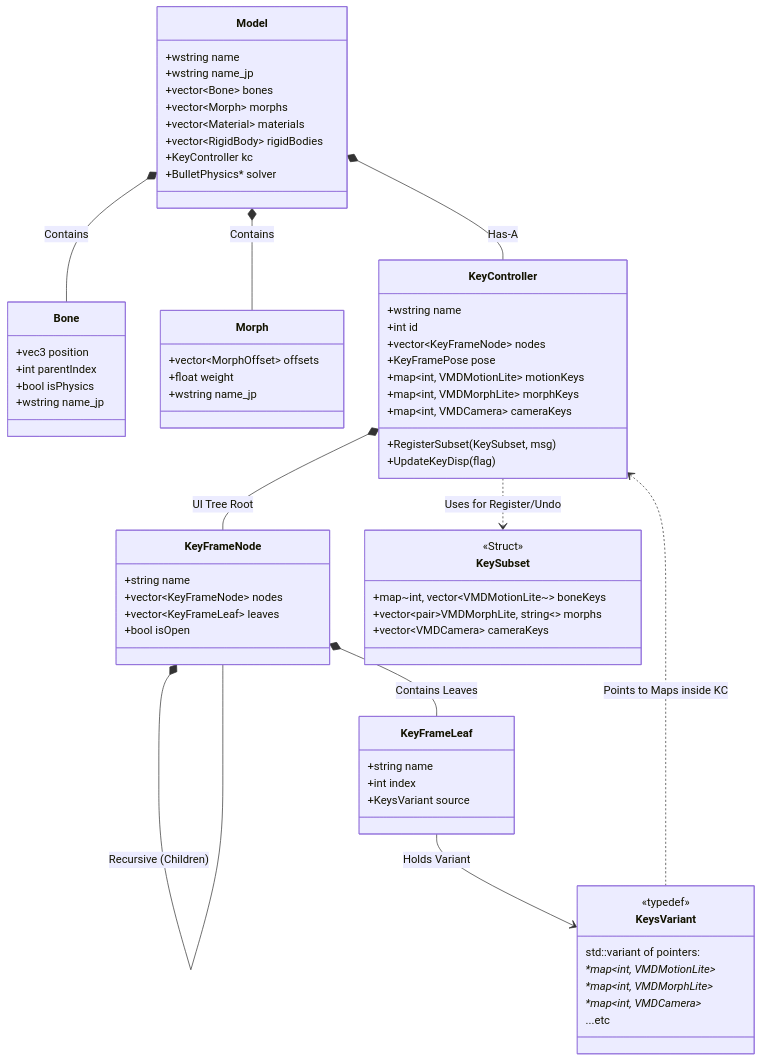
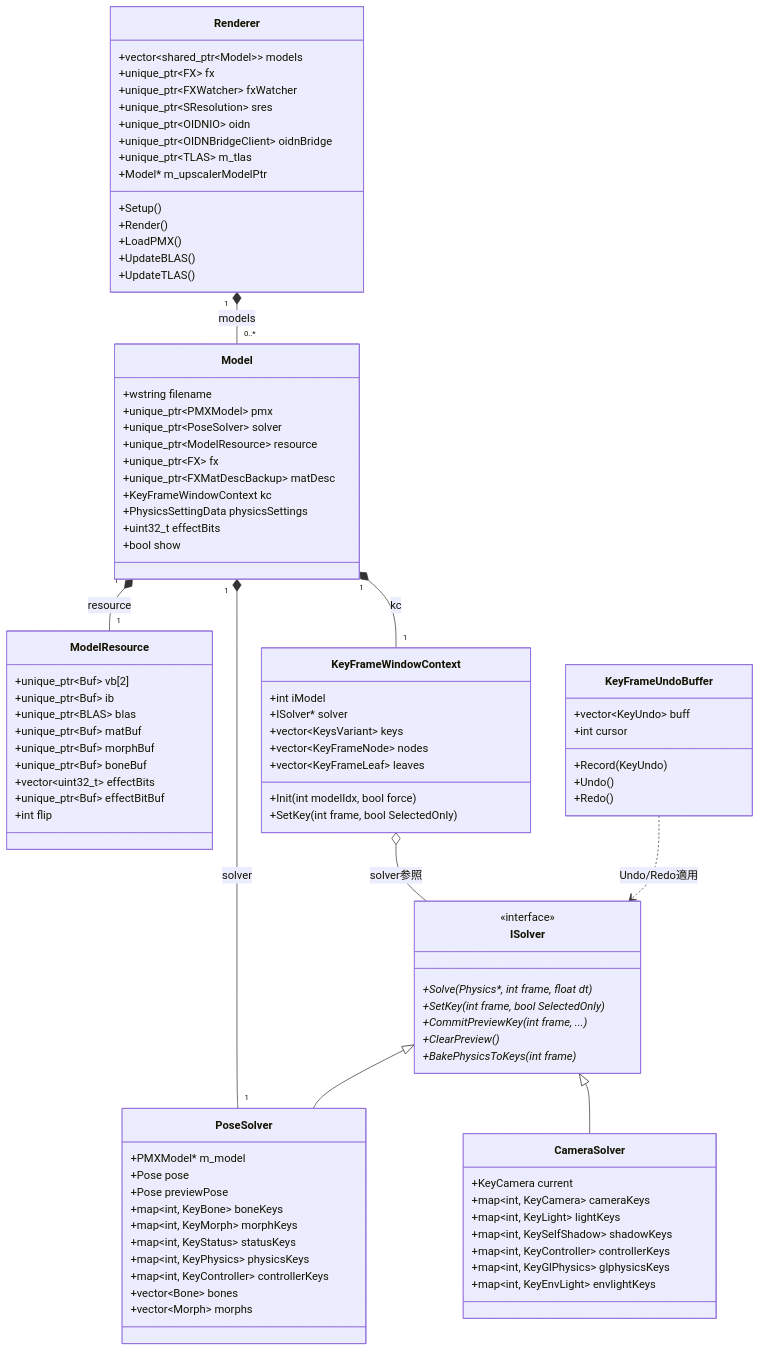
One commit to catnip-touhou/MikuMikuDayo changed the first of 2 diagrams in docs/アーキテクチャ設計_Part2_Data Structures & Keyframe Management.md. Above: the diagram before and after it, drawn with Mermaid. The commit also changed other lines of this file and 2 other files, not shown here.

````diff
--- a/docs/アーキテクチャ設計_Part2_Data Structures & Keyframe Management.md
+++ b/docs/アーキテクチャ設計_Part2_Data Structures & Keyframe Management.md
@@ -20,90 +12,102 @@
 ```mermaid
 classDiagram
-    %% --- Core Data Structures (PMXLoader.ixx) ---
+    class Renderer {
+        +vector~shared_ptr~Model~~ models
+        +unique_ptr~FX~ fx
+        +unique_ptr~FXWatcher~ fxWatcher
+        +unique_ptr~SResolution~ sres
+        +unique_ptr~OIDNIO~ oidn
+        +unique_ptr~OIDNBridgeClient~ oidnBridge
+        +unique_ptr~TLAS~ m_tlas
+        +Model* m_upscalerModelPtr
+        +Setup()
+        +Render()
+        +LoadPMX()
+        +UpdateBLAS()
+        +UpdateTLAS()
+    }
+
     class Model {
-        +wstring name
-        +wstring name_jp
+        +wstring filename
+        +unique_ptr~PMXModel~ pmx
+        +unique_ptr~PoseSolver~ solver
+        +unique_ptr~ModelResource~ resource
+        +unique_ptr~FX~ fx
+        +unique_ptr~FXMatDescBackup~ matDesc
+        +KeyFrameWindowContext kc
+        +PhysicsSettingData physicsSettings
+        +uint32_t effectBits
+        +bool show
+    }
+
+    class ModelResource {
+        +unique_ptr~Buf~ vb[2]
+        +unique_ptr~Buf~ ib
+        +unique_ptr~BLAS~ blas
+        +unique_ptr~Buf~ matBuf
+        +unique_ptr~Buf~ morphBuf
+        +unique_ptr~Buf~ boneBuf
+        +vector~uint32_t~ effectBits
+        +unique_ptr~Buf~ effectBitBuf
+        +int flip
+    }
+
+    class ISolver {
+        <<interface>>
+        +Solve(Physics*, int frame, float dt)*
+        +SetKey(int frame, bool SelectedOnly)*
+        +CommitPreviewKey(int frame, ...)*
+        +ClearPreview()*
+        +BakePhysicsToKeys(int frame)*
+    }
+
+    class PoseSolver {
+        +PMXModel* m_model
+        +Pose pose
+        +Pose previewPose
+        +map~int, KeyBone~ boneKeys
+        +map~int, KeyMorph~ morphKeys
+        +map~int, KeyStatus~ statusKeys
+        +map~int, KeyPhysics~ physicsKeys
+        +map~int, KeyController~ controllerKeys
         +vector~Bone~ bones
         +vector~Morph~ morphs
-        +vector~Material~ materials
-        +vector~RigidBody~ rigidBodies
-        +KeyController kc
-        +BulletPhysics* solver
     }
 
-    class Bone {
-        +vec3 position
-        +int parentIndex
-        +bool isPhysics
-        +wstring name_jp
+    class CameraSolver {
+        +KeyCamera current
+        +map~int, KeyCamera~ cameraKeys
+        +map~int, KeyLight~ lightKeys
+        +map~int, KeySelfShadow~ shadowKeys
+        +map~int, KeyController~ controllerKeys
+        +map~int, KeyGlPhysics~ glphysicsKeys
+        +map~int, KeyEnvLight~ envlightKeys
     }
 
-    class Morph {
-        +vector~MorphOffset~ offsets
-        +float weight
-        +wstring name_jp
+    class KeyFrameWindowContext {
+        +int iModel
+        +ISolver* solver
+        +vector~KeysVariant~ keys
+        +vector~KeyFrameNode~ nodes
+        +vector~KeyFrameLeaf~ leaves
+        +Init(int modelIdx, bool force)
+        +SetKey(int frame, bool SelectedOnly)
     }
 
-    %% --- Keyframe Management (keyframeDayo.h / PMXLoader) ---
-    class KeyController {
-        +wstring name
-        +int id
-        +vector~KeyFrameNode~ nodes
-        +KeyFramePose pose
-        
-        %% Actual Data Storage (Maps)
-        +map~int, VMDMotionLite~ motionKeys
-        +map~int, VMDMorphLite~ morphKeys
-        +map~int, VMDCamera~ cameraKeys
-        
-        +RegisterSubset(KeySubset, msg)
-        +UpdateKeyDisp(flag)
+    class KeyFrameUndoBuffer {
+        +vector~KeyUndo~ buff
+        +int cursor
+        +Record(KeyUndo)
+        +Undo()
+        +Redo()
     }
 
-    %% --- UI Abstraction Tree (keyframeDayo.h) ---
-    class KeyFrameNode {
-        +string name
-        +vector~KeyFrameNode~ nodes
-        +vector~KeyFrameLeaf~ leaves
-        +bool isOpen
-    }
-
-    class KeyFrameLeaf {
-        +string name
-        +int index
-        +KeysVariant source
-    }
-
-    %% --- Polymorphic Access ---
-    class KeysVariant {
-        <<typedef>>
-        std::variant of pointers:
-        *map~int, VMDMotionLite~*
-        *map~int, VMDMorphLite~*
-        *map~int, VMDCamera~*
-        ...etc
-    }
-
-    %% --- Data Transfer Object ---
-    class KeySubset {
-        <<Struct>>
-        +map~int, vector~VMDMotionLite~~ boneKeys
-        +vector~pair~VMDMorphLite, string~~ morphs
-        +vector~VMDCamera~ cameraKeys
-        %% Used for Copy/Paste/Undo
-    }
-
-    %% --- Relationships ---
-    Model *-- KeyController : Has-A
-    Model *-- Bone : Contains
-    Model *-- Morph : Contains
-    
-    KeyController *-- KeyFrameNode : UI Tree Root
-    KeyFrameNode *-- KeyFrameNode : Recursive (Children)
-    KeyFrameNode *-- KeyFrameLeaf : Contains Leaves
-    
-    KeyFrameLeaf --> KeysVariant : Holds Variant
-    KeysVariant ..> KeyController : Points to Maps inside KC
-    
-    KeyController ..> KeySubset : Uses for Register/Undo
+    Renderer "1" *-- "0..*" Model : models
+    Model "1" *-- "1" ModelResource : resource
+    Model "1" *-- "1" PoseSolver : solver
+    Model "1" *-- "1" KeyFrameWindowContext : kc
+    ISolver <|-- PoseSolver
+    ISolver <|-- CameraSolver
+    KeyFrameWindowContext o-- ISolver : solver参照
+    KeyFrameUndoBuffer ..> ISolver : Undo/Redo適用
 ```
````
